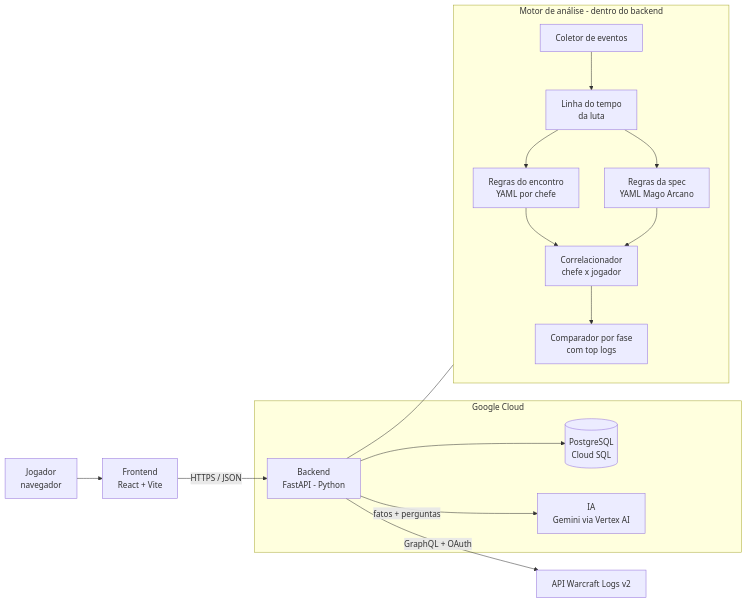
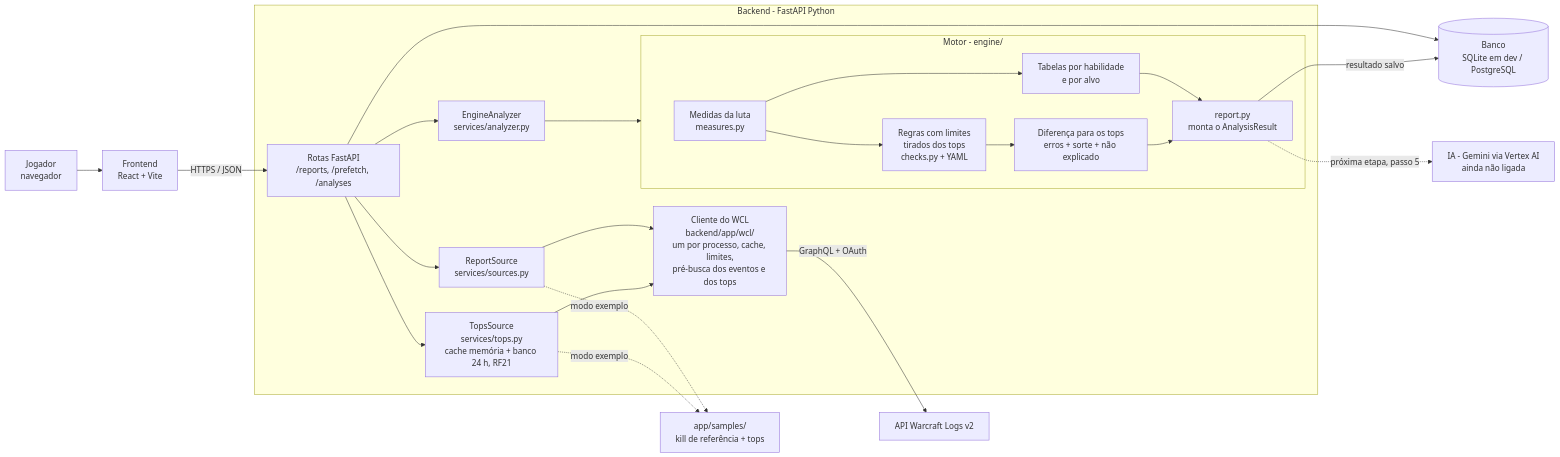
One commit to jp4inbr/LogCoach changed the diagram in docs/05-diagrama-de-arquitetura.md. Above: the diagram before and after it, drawn with Mermaid. The commit also changed other lines of this file and 9 other files, not shown here.

Commit message:
docs: documentação com o estado atual (motor, testes, uso de IA, tarefas e demo)

````diff
--- a/docs/05-diagrama-de-arquitetura.md
+++ b/docs/05-diagrama-de-arquitetura.md
@@ -7,25 +7,28 @@
 ```mermaid
 flowchart LR
     U[Jogador<br/>navegador] --> FE[Frontend<br/>React + Vite]
-    FE -->|HTTPS / JSON| BE[Backend<br/>FastAPI - Python]
+    FE -->|HTTPS / JSON| API[Rotas FastAPI<br/>/reports, /prefetch, /analyses]
 
-    subgraph GCP[Google Cloud]
-        BE
-        DB[(PostgreSQL<br/>Cloud SQL)]
-        AI[IA<br/>Gemini via Vertex AI]
+    subgraph BE[Backend - FastAPI Python]
+        API --> RS[ReportSource<br/>services/sources.py]
+        API --> TS[TopsSource<br/>services/tops.py<br/>cache memória + banco 24 h, RF21]
+        API --> AN[EngineAnalyzer<br/>services/analyzer.py]
+        RS --> CL[Cliente do WCL<br/>backend/app/wcl/<br/>um por processo, cache, limites,<br/>pré-busca dos eventos e dos tops]
+        TS --> CL
+        AN --> M
+        subgraph M[Motor - engine/]
+            M1[Medidas da luta<br/>measures.py] --> M2[Regras com limites<br/>tirados dos tops<br/>checks.py + YAML]
+            M1 --> M3[Tabelas por habilidade<br/>e por alvo]
+            M2 --> M4[Diferença para os tops<br/>erros + sorte + não explicado]
+            M3 --> M5[report.py<br/>monta o AnalysisResult]
+            M4 --> M5
+        end
     end
 
-    BE --> DB
-    BE -->|fatos + perguntas| AI
-    BE -->|GraphQL + OAuth| WCL[API Warcraft Logs v2]
-
-    subgraph Motor[Motor de análise - dentro do backend]
-        R1[Coletor de eventos] --> R2[Linha do tempo<br/>da luta]
-        R2 --> R3[Regras do encontro<br/>YAML por chefe]
-        R2 --> R4[Regras da spec<br/>YAML Mago Arcano]
-        R3 --> R5[Correlacionador<br/>chefe x jogador]
-        R4 --> R5
-        R5 --> R6[Comparador por fase<br/>com top logs]
-    end
-    BE --- Motor
+    RS -. modo exemplo .-> SM[app/samples/<br/>kill de referência + tops]
+    TS -. modo exemplo .-> SM
+    CL -->|GraphQL + OAuth| WCL[API Warcraft Logs v2]
+    API --> DB[(Banco<br/>SQLite em dev / PostgreSQL)]
+    M5 -->|resultado salvo| DB
+    M5 -. próxima etapa, passo 5 .-> AI[IA - Gemini via Vertex AI<br/>ainda não ligada]
 ```
````
